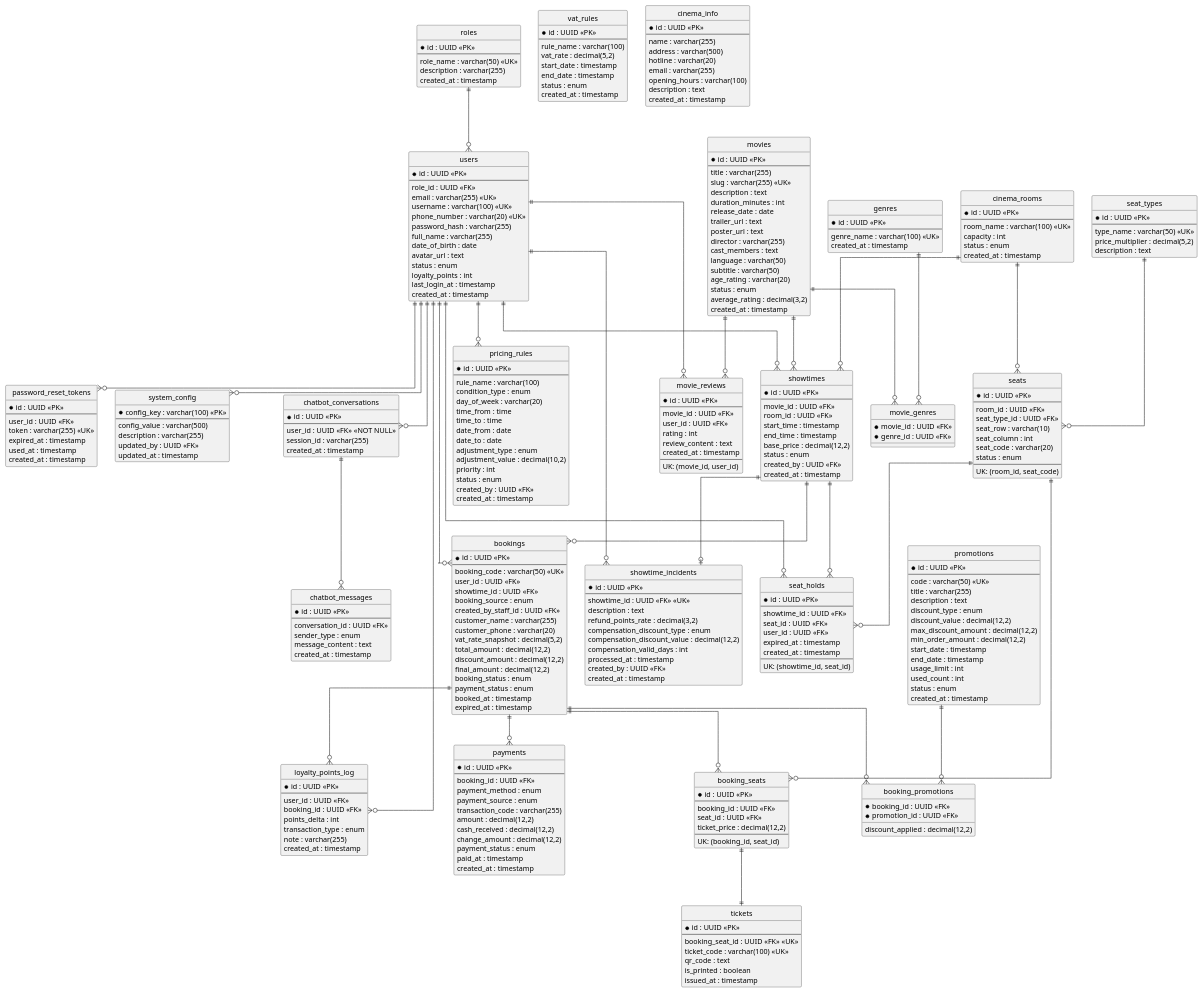
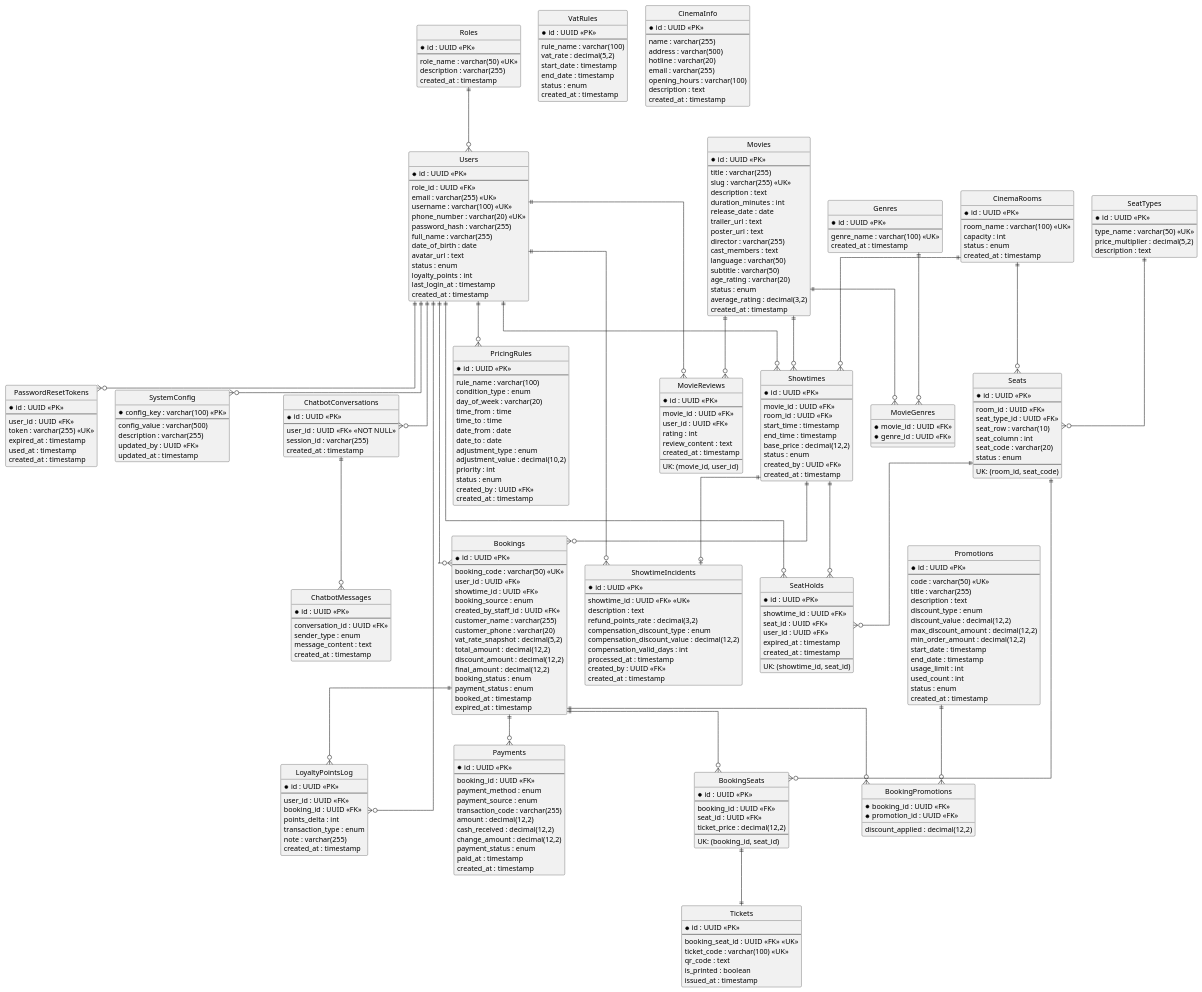
The diagram in project_summary_final.md (khiem1301/MovieTicketBookingSystem), drawn with PlantUML before and after one commit. The commit also changed other lines of this file and 30 other files, not shown here.

````diff
--- a/project_summary_final.md
+++ b/project_summary_final.md
@@ -782,7 +782,7 @@
 ' AUTH
 ' =====================================================
 
-entity roles {
+entity Roles {
     *id : UUID <<PK>>
     --
     role_name : varchar(50) <<UK>>
@@ -790,7 +790,7 @@
     created_at : timestamp
 }
 
-entity users {
+entity Users {
     *id : UUID <<PK>>
     --
     role_id : UUID <<FK>>
@@ -807,7 +807,7 @@
     created_at : timestamp
 }
 
-entity password_reset_tokens {
+entity PasswordResetTokens {
     *id : UUID <<PK>>
     --
     user_id : UUID <<FK>>
@@ -821,7 +821,7 @@
 ' CONFIG
 ' =====================================================
 
-entity system_config {
+entity SystemConfig {
     *config_key : varchar(100) <<PK>>
     --
     config_value : varchar(500)
@@ -830,7 +830,7 @@
     updated_at : timestamp
 }
 
-entity vat_rules {
+entity VatRules {
     *id : UUID <<PK>>
     --
     rule_name : varchar(100)
@@ -845,7 +845,7 @@
 ' CINEMA
 ' =====================================================
 
-entity cinema_info {
+entity CinemaInfo {
     *id : UUID <<PK>>
     --
     name : varchar(255)
@@ -857,7 +857,7 @@
     created_at : timestamp
 }
 
-entity cinema_rooms {
+entity CinemaRooms {
     *id : UUID <<PK>>
     --
     room_name : varchar(100) <<UK>>
@@ -866,7 +866,7 @@
     created_at : timestamp
 }
 
-entity seat_types {
+entity SeatTypes {
     *id : UUID <<PK>>
     --
     type_name : varchar(50) <<UK>>
@@ -874,7 +874,7 @@
     description : text
 }
 
-entity seats {
+entity Seats {
     *id : UUID <<PK>>
     --
     room_id : UUID <<FK>>
@@ -891,7 +891,7 @@
 ' MOVIE
 ' =====================================================
 
-entity movies {
+entity Movies {
     *id : UUID <<PK>>
     --
     title : varchar(255)
@@ -911,19 +911,19 @@
     created_at : timestamp
 }
 
-entity genres {
+entity Genres {
     *id : UUID <<PK>>
     --
     genre_name : varchar(100) <<UK>>
     created_at : timestamp
 }
 
-entity movie_genres {
+entity MovieGenres {
     *movie_id : UUID <<FK>>
     *genre_id : UUID <<FK>>
 }
 
-entity movie_reviews {
+entity MovieReviews {
     *id : UUID <<PK>>
     --
     movie_id : UUID <<FK>>
@@ -939,7 +939,7 @@
 ' SHOWTIME
 ' =====================================================
 
-entity showtimes {
+entity Showtimes {
     *id : UUID <<PK>>
     --
     movie_id : UUID <<FK>>
@@ -952,7 +952,7 @@
     created_at : timestamp
 }
 
-entity pricing_rules {
+entity PricingRules {
     *id : UUID <<PK>>
     --
     rule_name : varchar(100)
@@ -974,7 +974,7 @@
 ' BOOKING
 ' =====================================================
 
-entity seat_holds {
+entity SeatHolds {
     *id : UUID <<PK>>
     --
     showtime_id : UUID <<FK>>
@@ -986,7 +986,7 @@
     UK: (showtime_id, seat_id)
 }
 
-entity bookings {
+entity Bookings {
     *id : UUID <<PK>>
     --
     booking_code : varchar(50) <<UK>>
@@ -1006,7 +1006,7 @@
     expired_at : timestamp
 }
 
-entity booking_seats {
+entity BookingSeats {
     *id : UUID <<PK>>
     --
     booking_id : UUID <<FK>>
@@ -1020,7 +1020,7 @@
 ' PAYMENT
 ' =====================================================
 
-entity payments {
+entity Payments {
     *id : UUID <<PK>>
     --
     booking_id : UUID <<FK>>
@@ -1039,7 +1039,7 @@
 ' PROMOTION
 ' =====================================================
 
-entity promotions {
+entity Promotions {
     *id : UUID <<PK>>
     --
     code : varchar(50) <<UK>>
@@ -1057,7 +1057,7 @@
     created_at : timestamp
 }
 
-entity booking_promotions {
+entity BookingPromotions {
     *booking_id : UUID <<FK>>
     *promotion_id : UUID <<FK>>
     discount_applied : decimal(12,2)
@@ -1067,7 +1067,7 @@
 ' TICKET
 ' =====================================================
 
-entity tickets {
+entity Tickets {
     *id : UUID <<PK>>
     --
     booking_seat_id : UUID <<FK>> <<UK>>
@@ -1081,7 +1081,7 @@
 ' LOYALTY
 ' =====================================================
 
-entity loyalty_points_log {
+entity LoyaltyPointsLog {
     *id : UUID <<PK>>
     --
     user_id : UUID <<FK>>
@@ -1096,7 +1096,7 @@
 ' INCIDENT
 ' =====================================================
 
-entity showtime_incidents {
+entity ShowtimeIncidents {
     *id : UUID <<PK>>
     --
     showtime_id : UUID <<FK>> <<UK>>
@@ -1114,7 +1114,7 @@
 ' CHATBOT
 ' =====================================================
 
-entity chatbot_conversations {
+entity ChatbotConversations {
     *id : UUID <<PK>>
     --
     user_id : UUID <<FK>> <<NOT NULL>>
@@ -1122,7 +1122,7 @@
     created_at : timestamp
 }
 
-entity chatbot_messages {
+entity ChatbotMessages {
     *id : UUID <<PK>>
     --
     conversation_id : UUID <<FK>>
@@ -1136,60 +1136,60 @@
 ' =====================================================
 
 ' --- Auth ---
-roles ||--o{ users
-users ||--o{ password_reset_tokens
+Roles ||--o{ Users
+Users ||--o{ PasswordResetTokens
 
 ' --- Config ---
-users ||--o{ system_config
+Users ||--o{ SystemConfig
 
 ' --- Cinema ---
-cinema_rooms ||--o{ seats
-seat_types   ||--o{ seats
+CinemaRooms ||--o{ Seats
+SeatTypes   ||--o{ Seats
 
 ' --- Movie ---
-movies ||--o{ movie_genres
-genres ||--o{ movie_genres
-movies ||--o{ movie_reviews
-users  ||--o{ movie_reviews
+Movies ||--o{ MovieGenres
+Genres ||--o{ MovieGenres
+Movies ||--o{ MovieReviews
+Users  ||--o{ MovieReviews
 
 ' --- Showtime ---
-movies       ||--o{ showtimes
-cinema_rooms ||--o{ showtimes
-users        ||--o{ showtimes
-users        ||--o{ pricing_rules
+Movies       ||--o{ Showtimes
+CinemaRooms ||--o{ Showtimes
+Users        ||--o{ Showtimes
+Users        ||--o{ PricingRules
 
 ' --- Seat hold ---
-showtimes ||--o{ seat_holds
-seats     ||--o{ seat_holds
-users     ||--o{ seat_holds
+Showtimes ||--o{ SeatHolds
+Seats     ||--o{ SeatHolds
+Users     ||--o{ SeatHolds
 
 ' --- Booking ---
-users     ||--o{ bookings
-showtimes ||--o{ bookings
-bookings  ||--o{ booking_seats
-seats     ||--o{ booking_seats
+Users     ||--o{ Bookings
+Showtimes ||--o{ Bookings
+Bookings  ||--o{ BookingSeats
+Seats     ||--o{ BookingSeats
 
 ' --- Payment ---
-bookings ||--o{ payments
+Bookings ||--o{ Payments
 
 ' --- Promotion ---
-bookings   ||--o{ booking_promotions
-promotions ||--o{ booking_promotions
+Bookings   ||--o{ BookingPromotions
+Promotions ||--o{ BookingPromotions
 
 ' --- Ticket ---
-booking_seats ||--|| tickets
+BookingSeats ||--|| Tickets
 
 ' --- Loyalty ---
-users    ||--o{ loyalty_points_log
-bookings ||--o{ loyalty_points_log
+Users    ||--o{ LoyaltyPointsLog
+Bookings ||--o{ LoyaltyPointsLog
 
 ' --- Incident ---
-showtimes ||--o| showtime_incidents
-users     ||--o{ showtime_incidents
+Showtimes ||--o| ShowtimeIncidents
+Users     ||--o{ ShowtimeIncidents
 
 ' --- Chatbot ---
-users                 ||--o{ chatbot_conversations
-chatbot_conversations ||--o{ chatbot_messages
+Users                 ||--o{ ChatbotConversations
+ChatbotConversations ||--o{ ChatbotMessages
 
 @enduml
 ```
````
